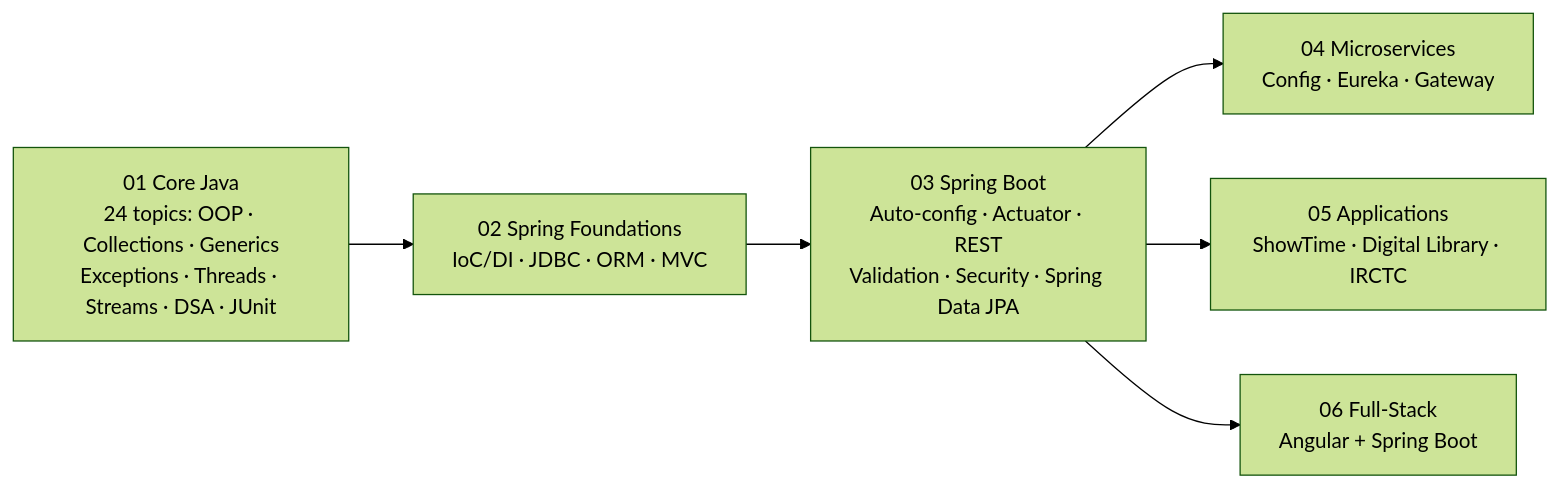
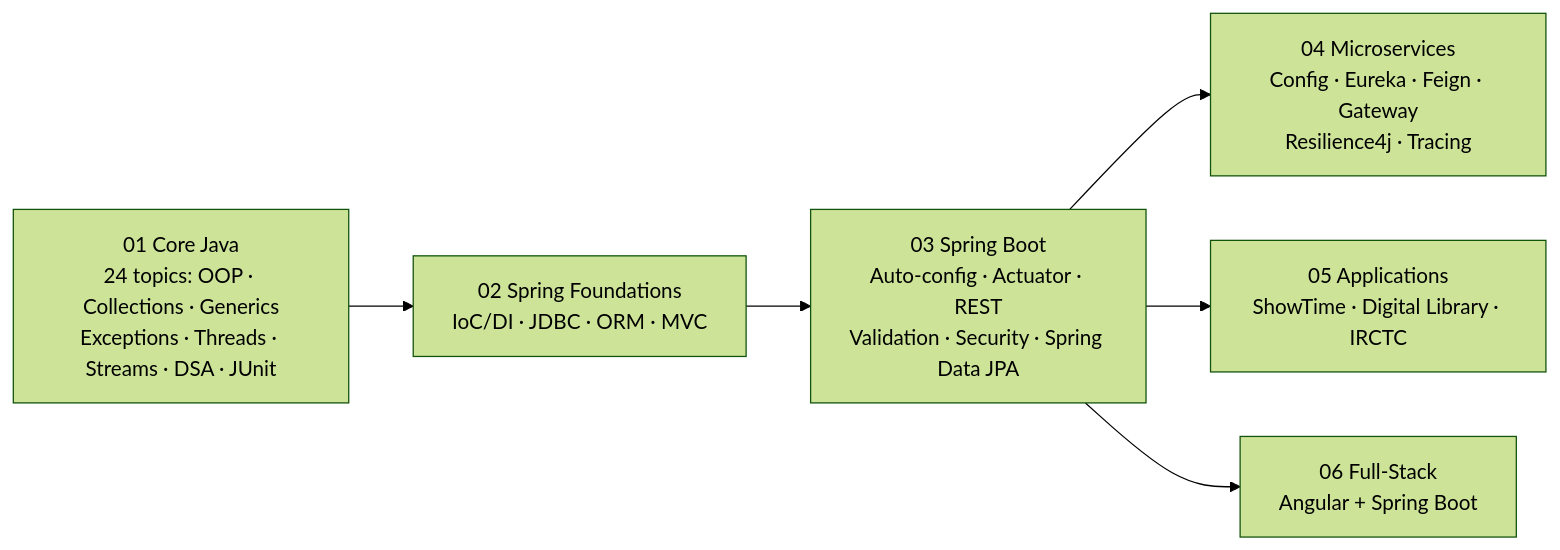
Before and after one commit to adityachauhan564/spring-framework: the diagram in README.md, drawn with Mermaid (forest theme). The commit also changed other lines of this file and 8 other files, not shown here.

````diff
--- a/README.md
+++ b/README.md
@@ -7,8 +7,8 @@
 ```mermaid
 flowchart LR
     A["01 Core Java<br/>24 topics: OOP · Collections · Generics<br/>Exceptions · Threads · Streams · DSA · JUnit"] --> B["02 Spring Foundations<br/>IoC/DI · JDBC · ORM · MVC"]
     B --> C["03 Spring Boot<br/>Auto-config · Actuator · REST<br/>Validation · Security · Spring Data JPA"]
-    C --> D["04 Microservices<br/>Config · Eureka · Gateway"]
+    C --> D["04 Microservices<br/>Config · Eureka · Feign · Gateway<br/>Resilience4j · Tracing"]
     C --> E["05 Applications<br/>ShowTime · Digital Library · IRCTC"]
     C --> F["06 Full-Stack<br/>Angular + Spring Boot"]
 ```
````
